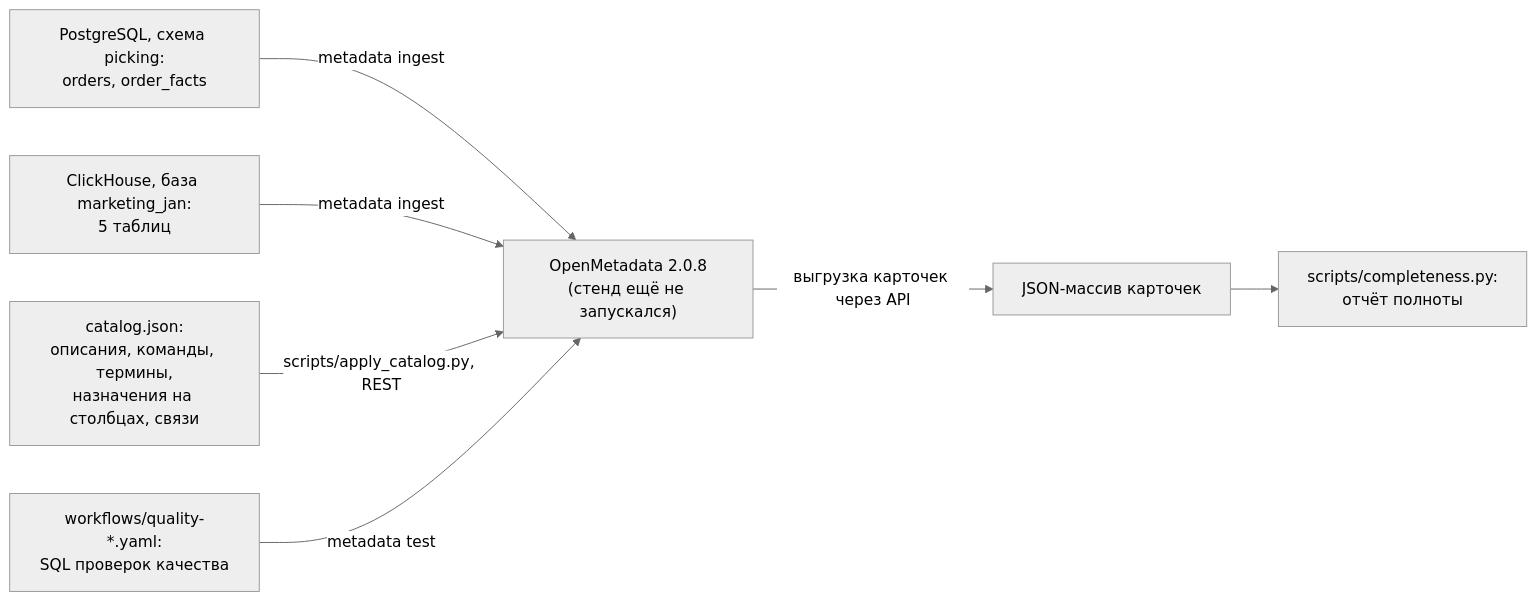
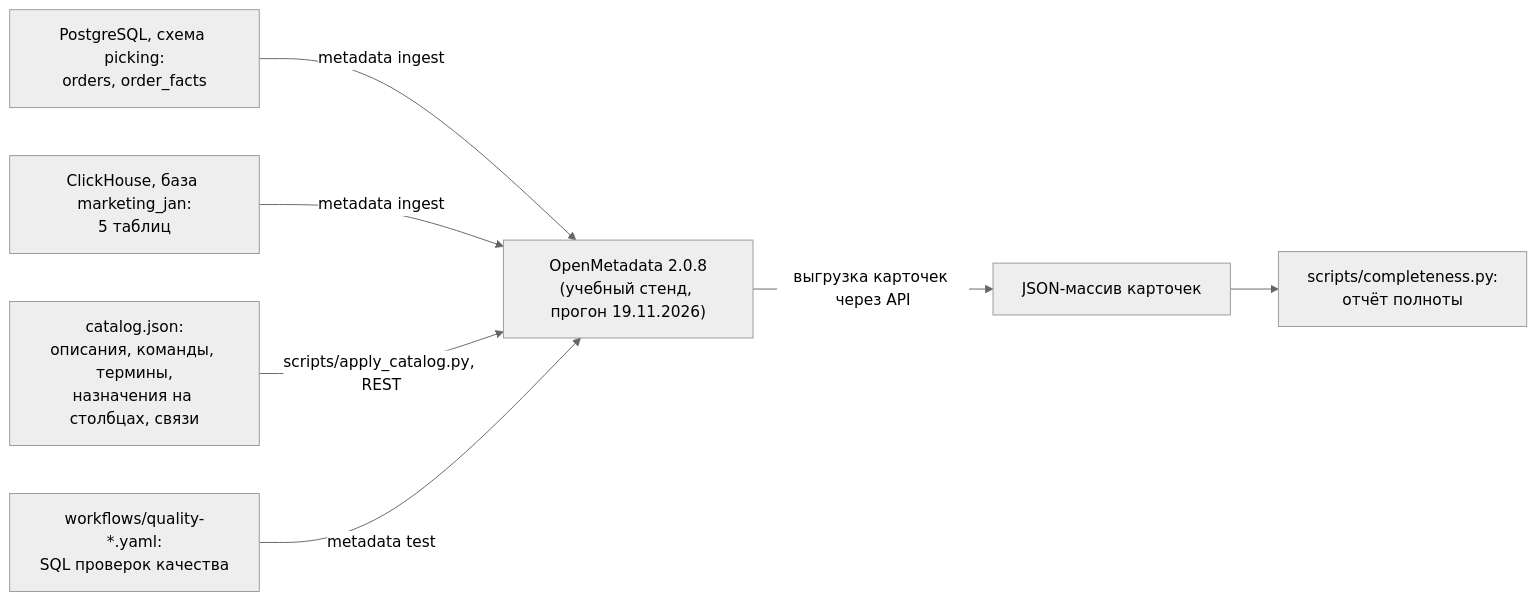
Before and after one commit to brownjuly2003-code/openmetadata-catalog: the diagram in docs/STUDY.md, drawn with Mermaid (neutral theme). The commit also changed other lines of this file and 27 other files, not shown here.

````diff
--- a/docs/STUDY.md
+++ b/docs/STUDY.md
@@ -17,9 +17,9 @@
 ```mermaid
 flowchart LR
-  PG["PostgreSQL, схема picking:<br/>orders, order_facts"] -->|metadata ingest| OM["OpenMetadata 2.0.8<br/>(стенд ещё не запускался)"]
+  PG["PostgreSQL, схема picking:<br/>orders, order_facts"] -->|metadata ingest| OM["OpenMetadata 2.0.8<br/>(учебный стенд, прогон 19.11.2026)"]
   CH["ClickHouse, база marketing_jan:<br/>5 таблиц"] -->|metadata ingest| OM
   SPEC["catalog.json:<br/>описания, команды, термины,<br/>назначения на столбцах, связи"] -->|scripts/apply_catalog.py, REST| OM
   OM -->|выгрузка карточек через API| EXP["JSON-массив карточек"]
   EXP --> REP["scripts/completeness.py:<br/>отчёт полноты"]
   QY["workflows/quality-*.yaml:<br/>SQL проверок качества"] -->|metadata test| OM
 ```
````
